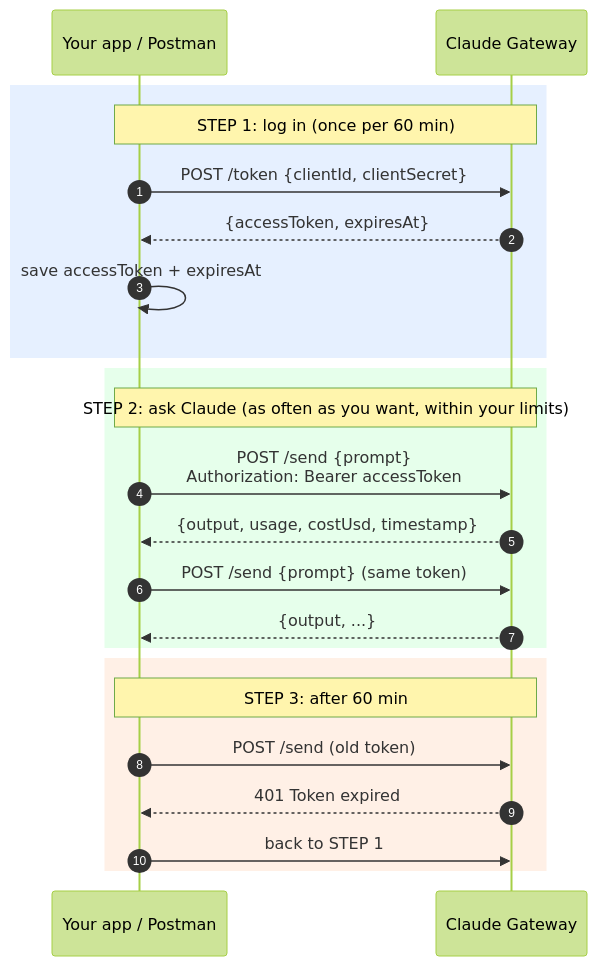
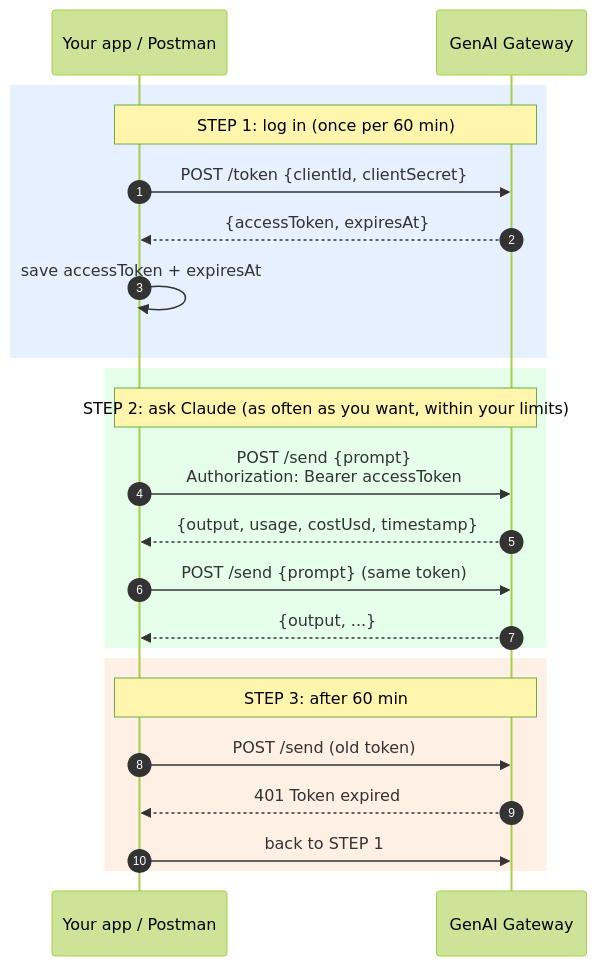
The first of 2 diagrams in CLIENT_GUIDE.md (ParampreetSingh23/claude-wrapper-ai), drawn with Mermaid (forest theme) before and after one commit. The commit also changed other lines of this file and 15 other files, not shown here.

````diff
--- a/CLIENT_GUIDE.md
+++ b/CLIENT_GUIDE.md
@@ -27,28 +27,28 @@
 ```mermaid
 sequenceDiagram
     autonumber
     participant You as Your app / Postman
-    participant G as Claude Gateway
+    participant G as GenAI Gateway
 
     rect rgb(230, 240, 255)
     Note over You,G: STEP 1: log in (once per 60 min)
     You->>G: POST /token {clientId, clientSecret}
     G-->>You: {accessToken, expiresAt}
     You->>You: save accessToken + expiresAt
     end
 
     rect rgb(230, 255, 235)
     Note over You,G: STEP 2: ask Claude (as often as you want, within your limits)
     You->>G: POST /send {prompt}<br/>Authorization: Bearer accessToken
     G-->>You: {output, usage, costUsd, timestamp}
     You->>G: POST /send {prompt} (same token)
     G-->>You: {output, ...}
     end
 
     rect rgb(255, 240, 230)
     Note over You,G: STEP 3: after 60 min
     You->>G: POST /send (old token)
     G-->>You: 401 Token expired
     You->>G: back to STEP 1
     end
 ```
````
